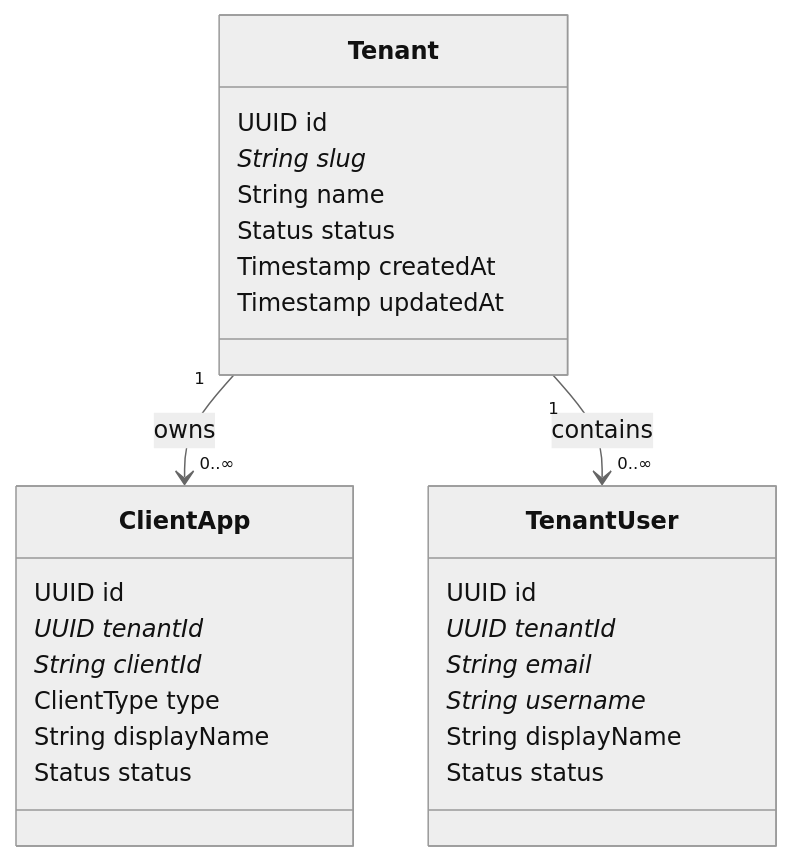
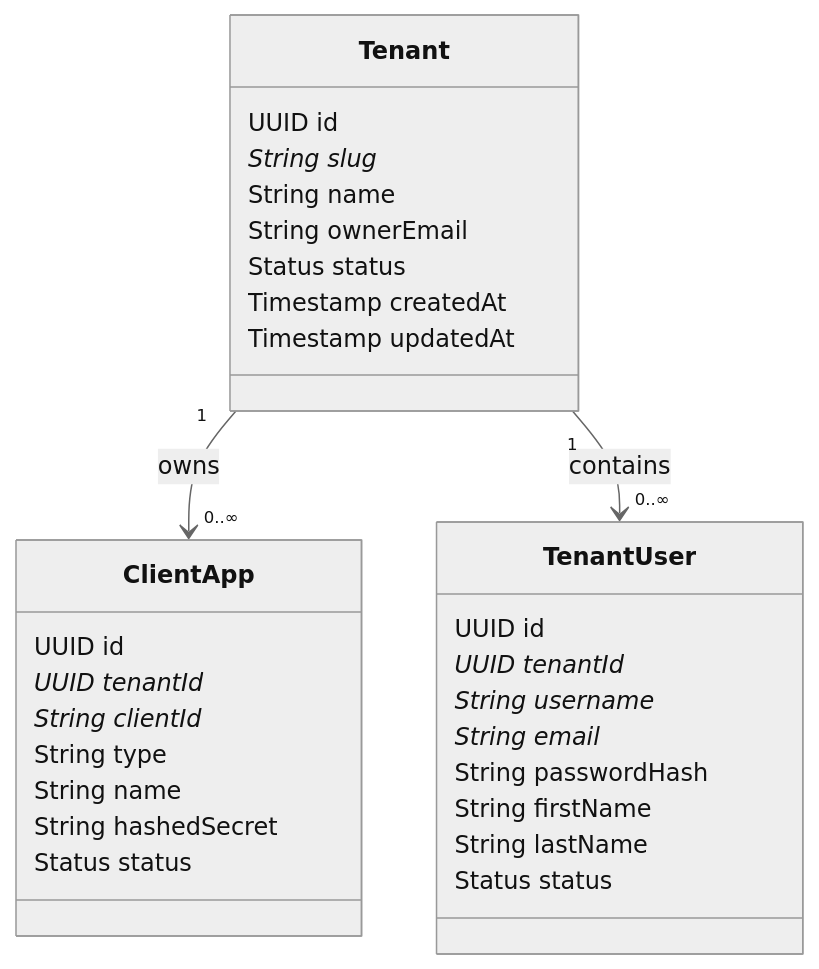
The first of 13 diagrams in docs/keygo-server/ENTITY_RELATIONSHIPS.md (cmartinezs/keygo-server), drawn with Mermaid (neutral theme) before and after one commit. The commit also changed other lines of this file and 55 other files, not shown here.

````diff
--- a/docs/keygo-server/ENTITY_RELATIONSHIPS.md
+++ b/docs/keygo-server/ENTITY_RELATIONSHIPS.md
@@ -23,32 +23,36 @@
 ```mermaid
 classDiagram
     class Tenant {
         UUID id
         String slug*
         String name
+        String ownerEmail
         Status status
         Timestamp createdAt
         Timestamp updatedAt
     }
 
     class ClientApp {
         UUID id
         UUID tenantId*
         String clientId*
-        ClientType type
-        String displayName
+        String type
+        String name
+        String hashedSecret
         Status status
     }
 
     class TenantUser {
         UUID id
         UUID tenantId*
+        String username*
         String email*
-        String username*
-        String displayName
+        String passwordHash
+        String firstName
+        String lastName
         Status status
     }
 
     Tenant "1" --> "0..∞" ClientApp : owns
     Tenant "1" --> "0..∞" TenantUser : contains
 ```
````
